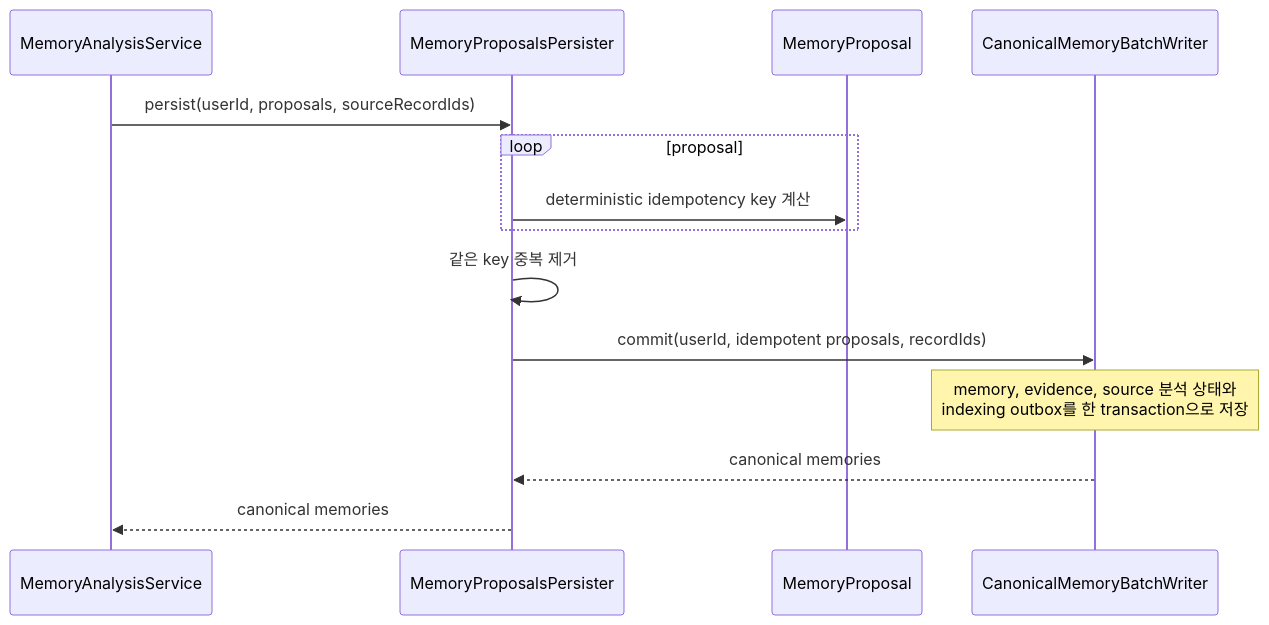
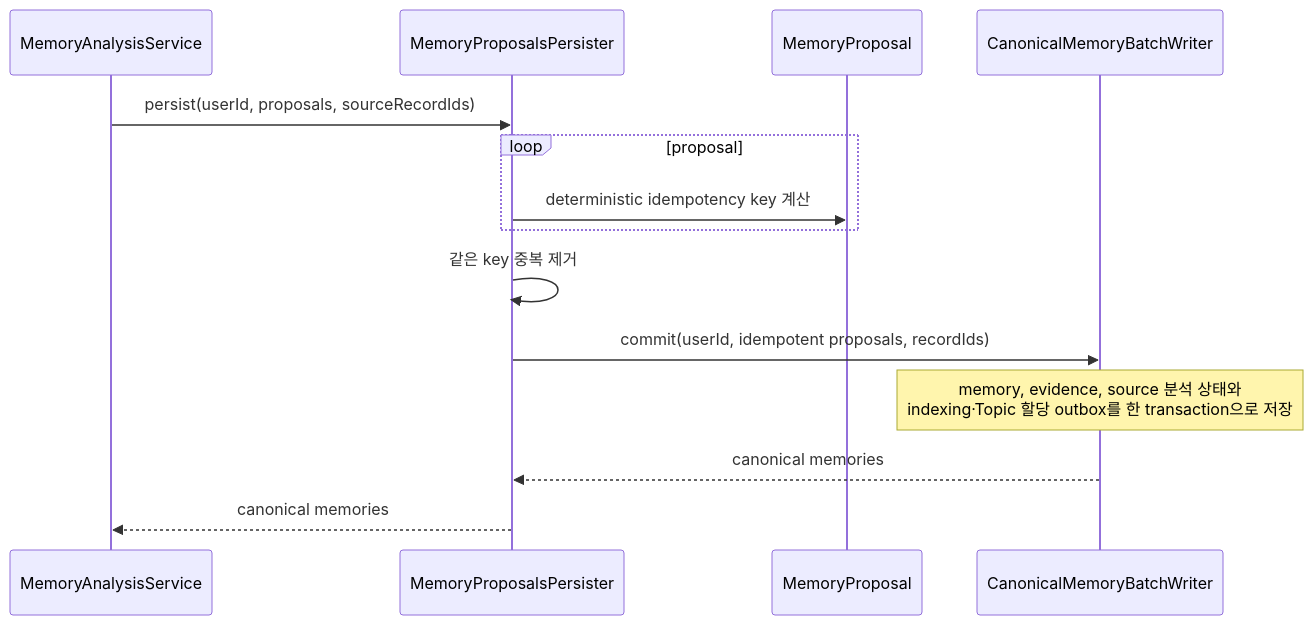
One commit to magenta1223/home_assistant changed the first of 2 diagrams in application/src/main/kotlin/com/homeassistant/application/usecase/memory/write/README.md. Above: the diagram before and after it, drawn with Mermaid. The commit also changed 6 other files, not shown here.

````diff
--- a/application/src/main/kotlin/com/homeassistant/application/usecase/memory/write/README.md
+++ b/application/src/main/kotlin/com/homeassistant/application/usecase/memory/write/README.md
@@ -9,17 +9,17 @@
 ```mermaid
 sequenceDiagram
     participant Analysis as MemoryAnalysisService
     participant Persister as MemoryProposalsPersister
     participant Proposal as MemoryProposal
     participant Writer as CanonicalMemoryBatchWriter
 
     Analysis->>Persister: persist(userId, proposals, sourceRecordIds)
     loop proposal
         Persister->>Proposal: deterministic idempotency key 계산
     end
     Persister->>Persister: 같은 key 중복 제거
     Persister->>Writer: commit(userId, idempotent proposals, recordIds)
-    Note over Writer: memory, evidence, source 분석 상태와<br/>indexing outbox를 한 transaction으로 저장
+    Note over Writer: memory, evidence, source 분석 상태와<br/>indexing·Topic 할당 outbox를 한 transaction으로 저장
     Writer-->>Persister: canonical memories
     Persister-->>Analysis: canonical memories
 ```
````
